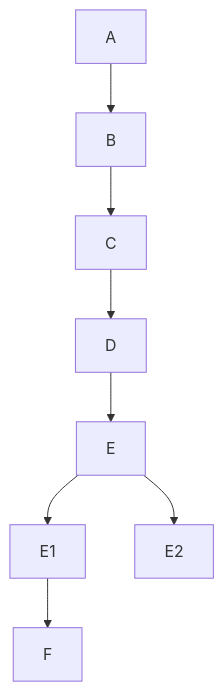
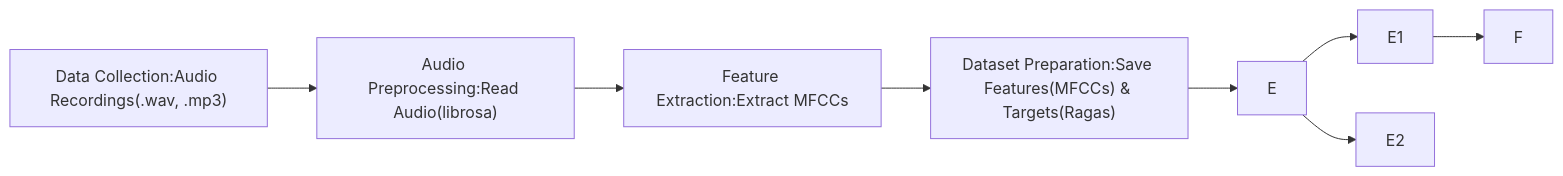
One commit to soha-18/RagaVeda---Hindustani-Classical-Raga-Identification changed the first of 2 diagrams in README.md. Above: the diagram before and after it, drawn with Mermaid.

Commit message:
Change workflow diagram direction from TD to LR

````diff
--- a/README.md
+++ b/README.md
@@ -27,10 +27,11 @@
 ```mermaid
-graph TD;
+graph LR;
+    A["Data Collection:Audio Recordings(.wav, .mp3)"]
     A-->B;
-    B-->C;
-    C-->D;
-    D-->E;
+    B["Audio Preprocessing:Read Audio(librosa)"]-->C;
+    C["Feature Extraction:Extract MFCCs"]-->D;
+    D["Dataset Preparation:Save Features(MFCCs) & Targets(Ragas)"]-->E;
     E-->E1;
     E-->E2;
     E1-->F;
 ```
````
